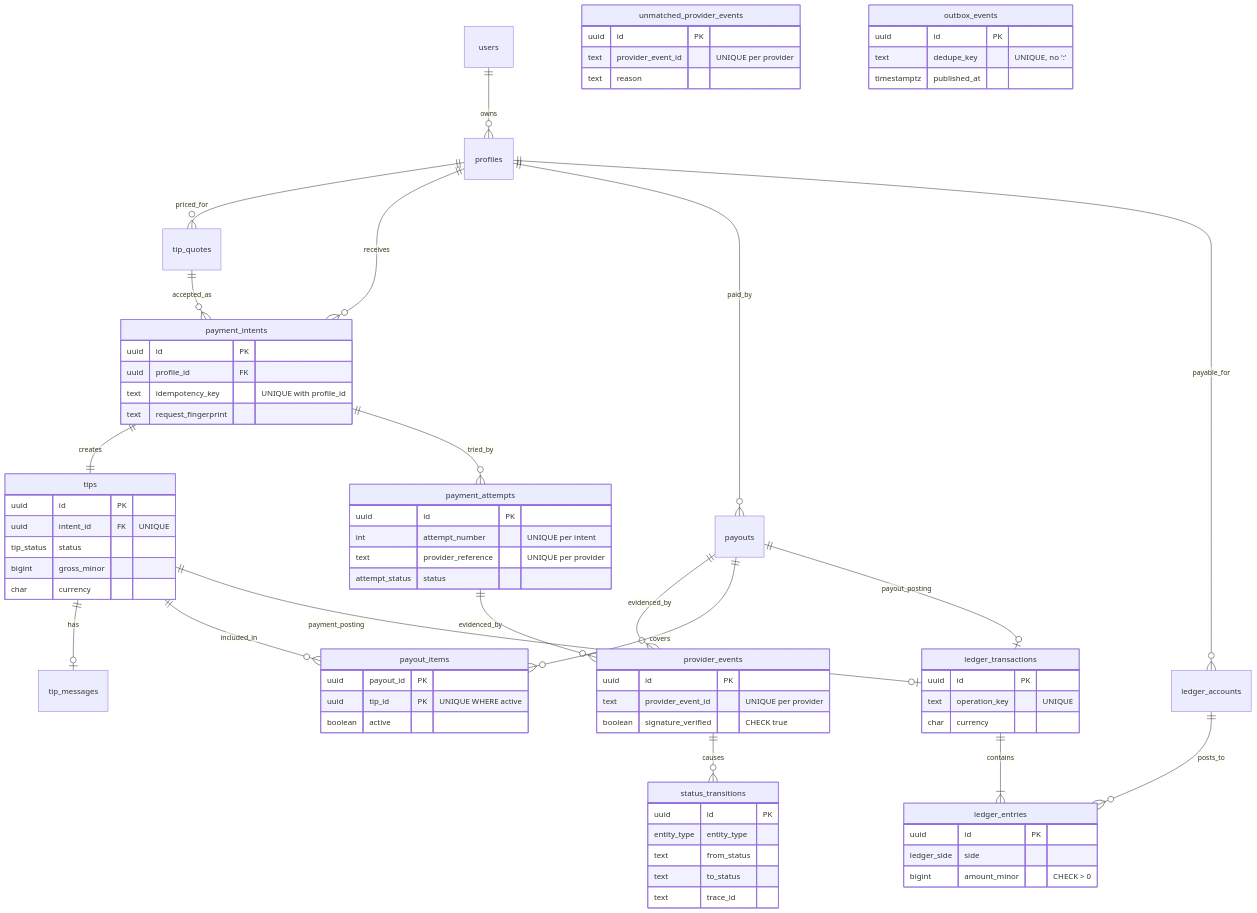
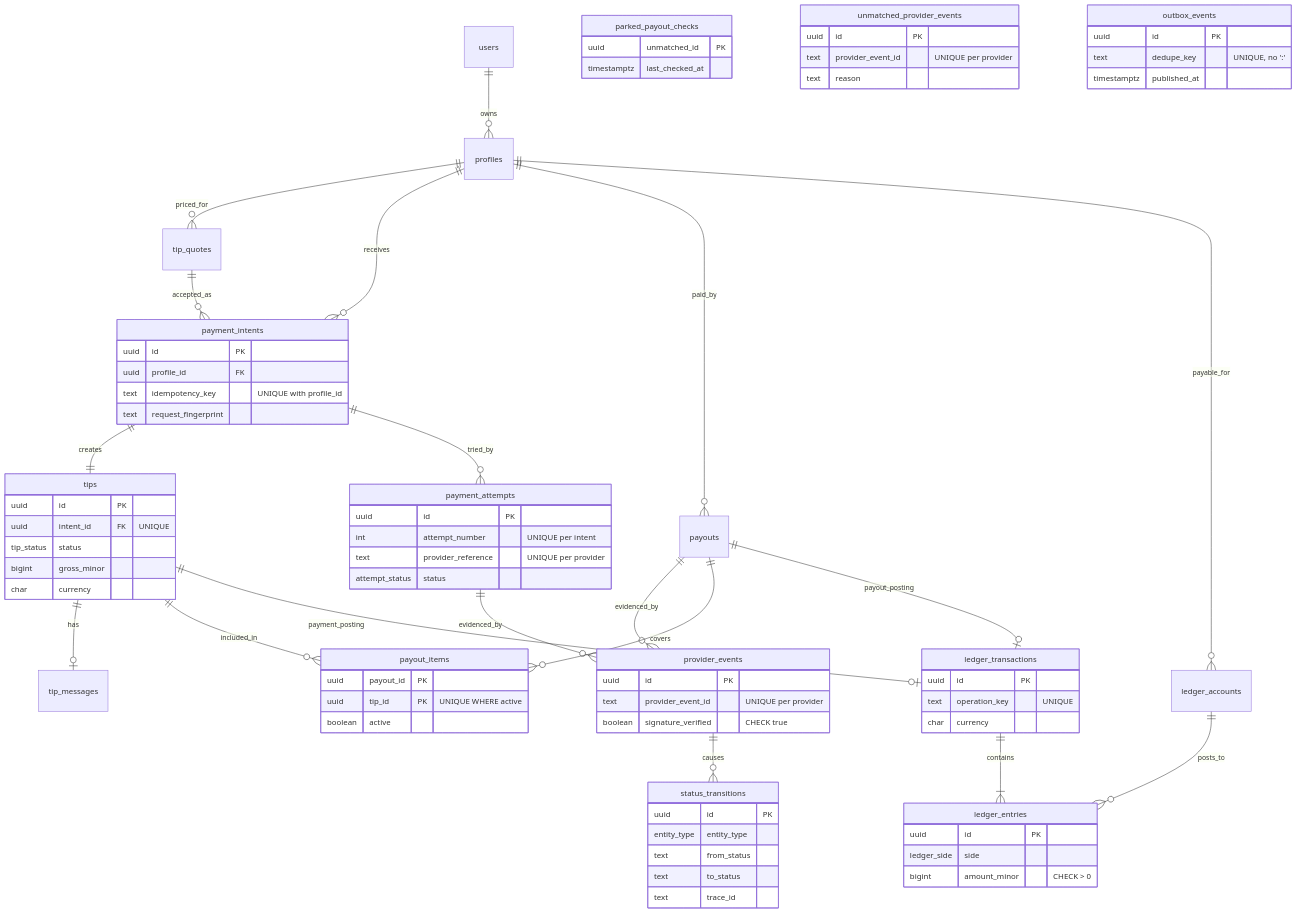
The diagram in docs/architecture/ERD.md (TheSaviourEking/Tipme), drawn with Mermaid before and after one commit. The commit also changed other lines of this file and 8 other files, not shown here.

````diff
--- a/docs/architecture/ERD.md
+++ b/docs/architecture/ERD.md
@@ -5,78 +5,82 @@
 ```mermaid
 erDiagram
   users ||--o{ profiles : owns
   profiles ||--o{ tip_quotes : priced_for
   tip_quotes ||--o{ payment_intents : accepted_as
   profiles ||--o{ payment_intents : receives
   payment_intents ||--|| tips : creates
   tips ||--o| tip_messages : has
   payment_intents ||--o{ payment_attempts : tried_by
   payment_attempts ||--o{ provider_events : evidenced_by
   payouts ||--o{ provider_events : evidenced_by
   profiles ||--o{ payouts : paid_by
   payouts ||--o{ payout_items : covers
   tips ||--o{ payout_items : included_in
   provider_events ||--o{ status_transitions : causes
   ledger_transactions ||--|{ ledger_entries : contains
   ledger_accounts ||--o{ ledger_entries : posts_to
   profiles ||--o{ ledger_accounts : payable_for
   tips ||--o| ledger_transactions : payment_posting
   payouts ||--o| ledger_transactions : payout_posting
+  parked_payout_checks {
+    uuid unmatched_id PK
+    timestamptz last_checked_at
+  }
   unmatched_provider_events {
     uuid id PK
     text provider_event_id "UNIQUE per provider"
     text reason
   }
 
   payment_intents {
     uuid id PK
     uuid profile_id FK
     text idempotency_key "UNIQUE with profile_id"
     text request_fingerprint
   }
   tips {
     uuid id PK
     uuid intent_id FK "UNIQUE"
     tip_status status
     bigint gross_minor
     char currency
   }
   payment_attempts {
     uuid id PK
     int attempt_number "UNIQUE per intent"
     text provider_reference "UNIQUE per provider"
     attempt_status status
   }
   provider_events {
     uuid id PK
     text provider_event_id "UNIQUE per provider"
     boolean signature_verified "CHECK true"
   }
   status_transitions {
     uuid id PK
     entity_type entity_type
     text from_status
     text to_status
     text trace_id
   }
   ledger_transactions {
     uuid id PK
     text operation_key "UNIQUE"
     char currency
   }
   ledger_entries {
     uuid id PK
     ledger_side side
     bigint amount_minor "CHECK > 0"
   }
   payout_items {
     uuid payout_id PK
     uuid tip_id PK "UNIQUE WHERE active"
     boolean active
   }
   outbox_events {
     uuid id PK
     text dedupe_key "UNIQUE, no ':'"
     timestamptz published_at
   }
 ```
````
